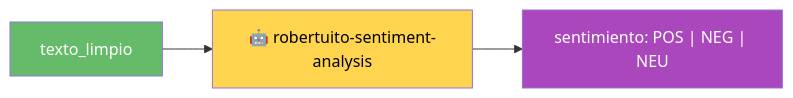
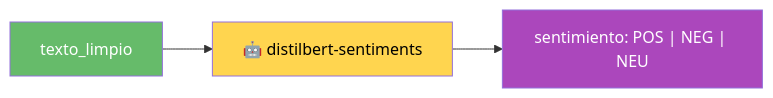
The fourth of 7 diagrams in frontend/.agent/arquitectura_del_sistema.md (SantiagoScetti/analisis-funcional-en-vivo), drawn with Mermaid before and after one commit. The commit also changed other lines of this file and 11 other files, not shown here.

Commit message:
seo: optimize index.html with meta tags, Open Graph, Twitter Cards, and theme color

````diff
--- a/frontend/.agent/arquitectura_del_sistema.md
+++ b/frontend/.agent/arquitectura_del_sistema.md
@@ -256,9 +283,9 @@
 ```mermaid
 flowchart LR
-    TL["texto_limpio"] --> Modelo["🤖 robertuito-sentiment-analysis"]
+    TL["texto_limpio"] --> Modelo["🤖 distilbert-sentiments"]
     Modelo --> Etiqueta["sentimiento: POS | NEG | NEU"]
 
     style TL fill:#66BB6A,color:#fff
     style Modelo fill:#FFD54F,color:#000
     style Etiqueta fill:#AB47BC,color:#fff
 ```
````
